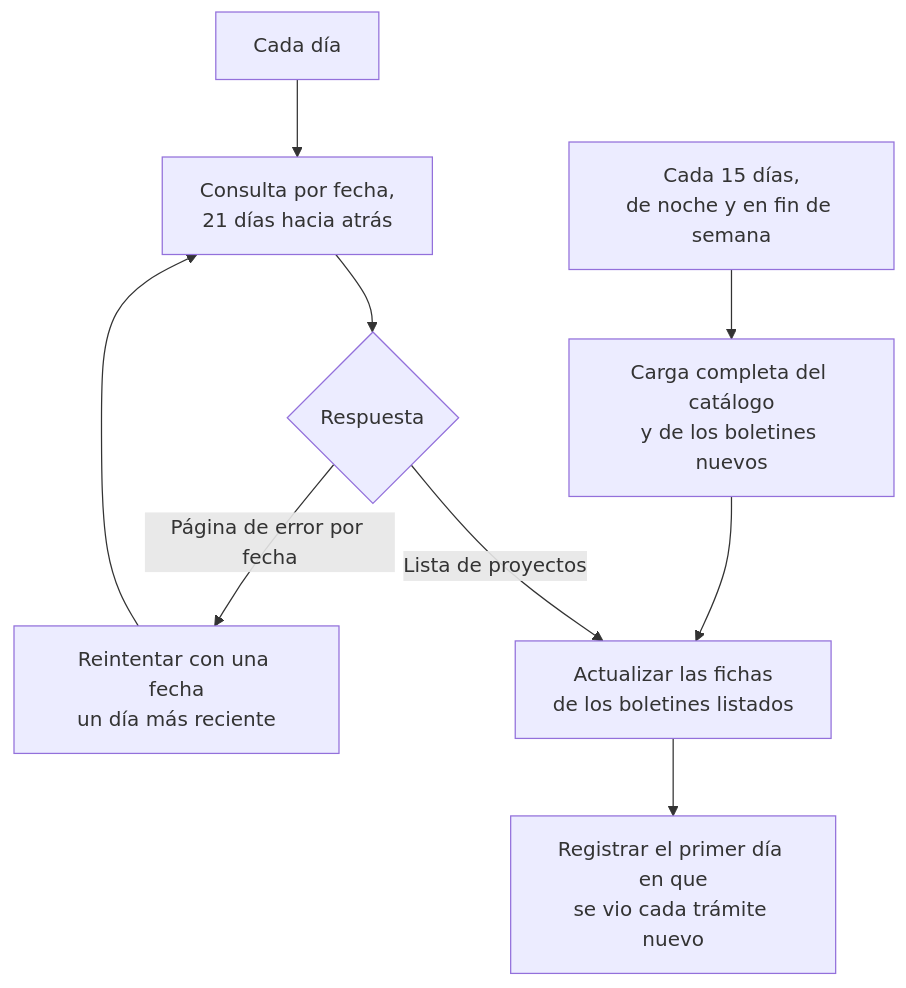
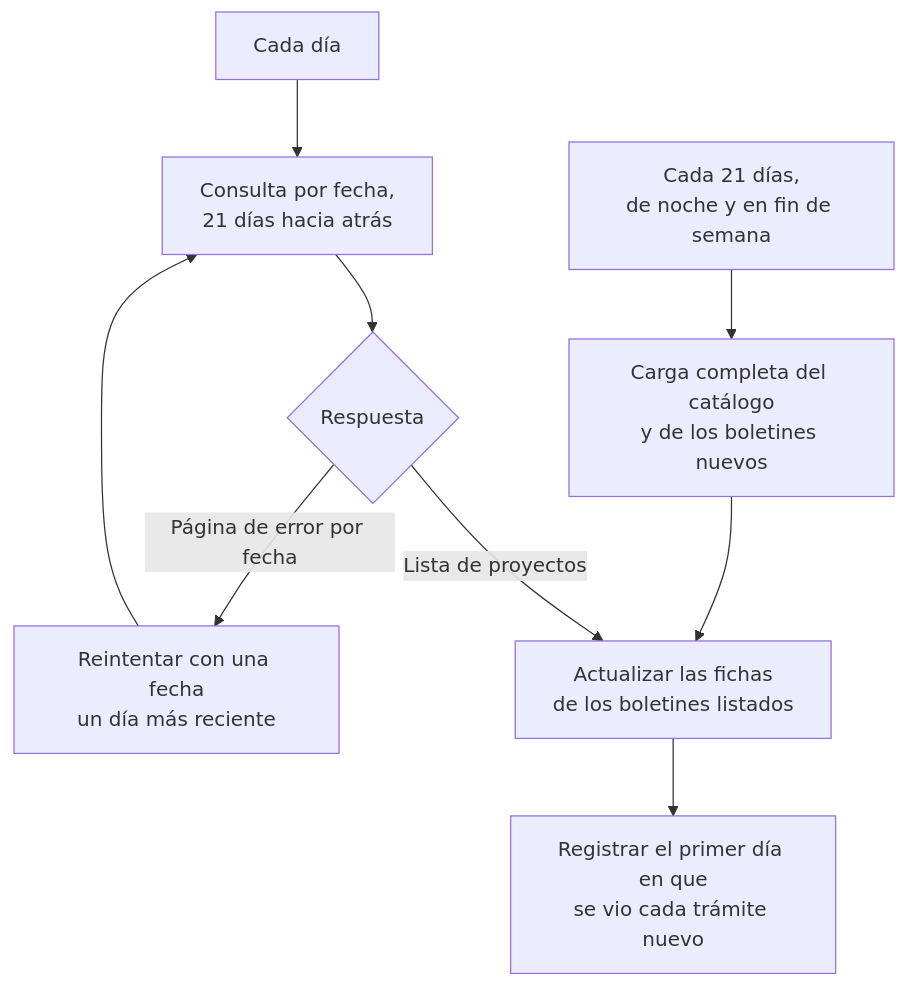
One commit to pedroaravenam/observatorio-legislacion-genero changed the third of 6 diagrams in docs/documentacion-tecnica.md. Above: the diagram before and after it, drawn with Mermaid. The commit also changed other lines of this file and 8 other files, not shown here.

Commit message:
Carga completa cada 21 días a las 22:00 y cierre de la carga con pocos boletines que el Senado no devuelve

````diff
--- a/docs/documentacion-tecnica.md
+++ b/docs/documentacion-tecnica.md
@@ -231,11 +231,11 @@
 ```mermaid
 flowchart TB
     D["Cada día"] --> Q["Consulta por fecha,<br/>21 días hacia atrás"]
     Q --> R{"Respuesta"}
     R -->|"Lista de proyectos"| U["Actualizar las fichas<br/>de los boletines listados"]
     R -->|"Página de error por fecha"| T["Reintentar con una fecha<br/>un día más reciente"]
     T --> Q
-    W["Cada 15 días,<br/>de noche y en fin de semana"] --> F["Carga completa del catálogo<br/>y de los boletines nuevos"]
+    W["Cada 21 días,<br/>de noche y en fin de semana"] --> F["Carga completa del catálogo<br/>y de los boletines nuevos"]
     F --> U
     U --> G["Registrar el primer día en que<br/>se vio cada trámite nuevo"]
 ```
````
